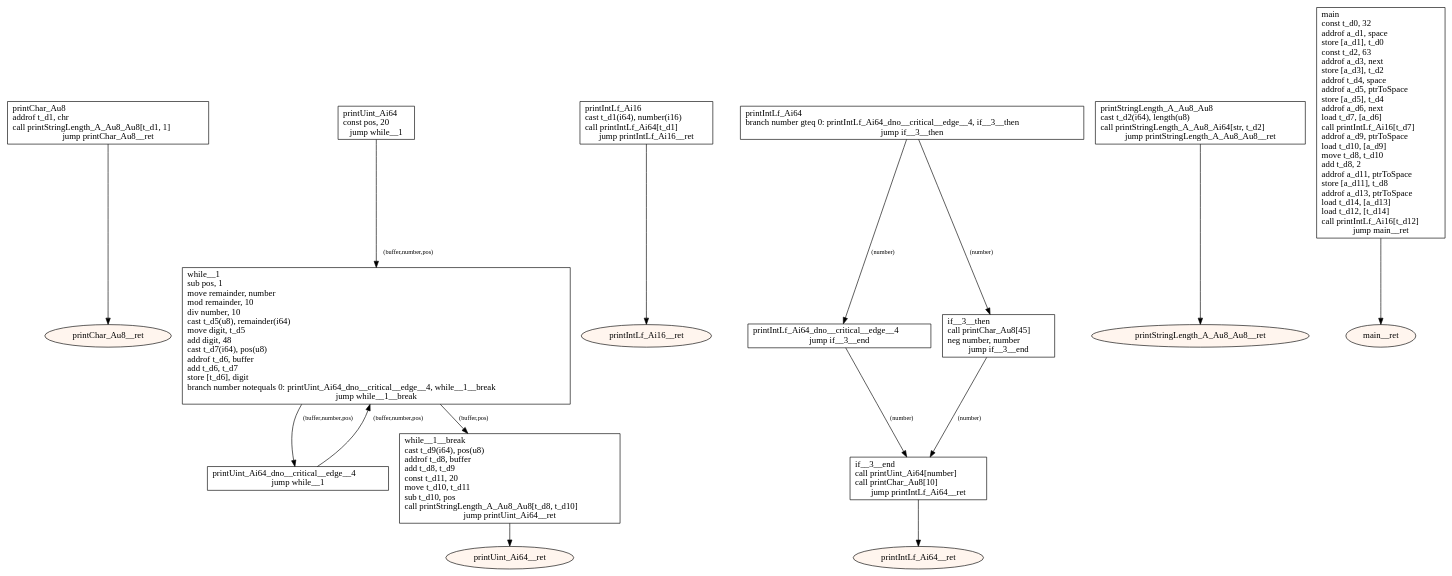
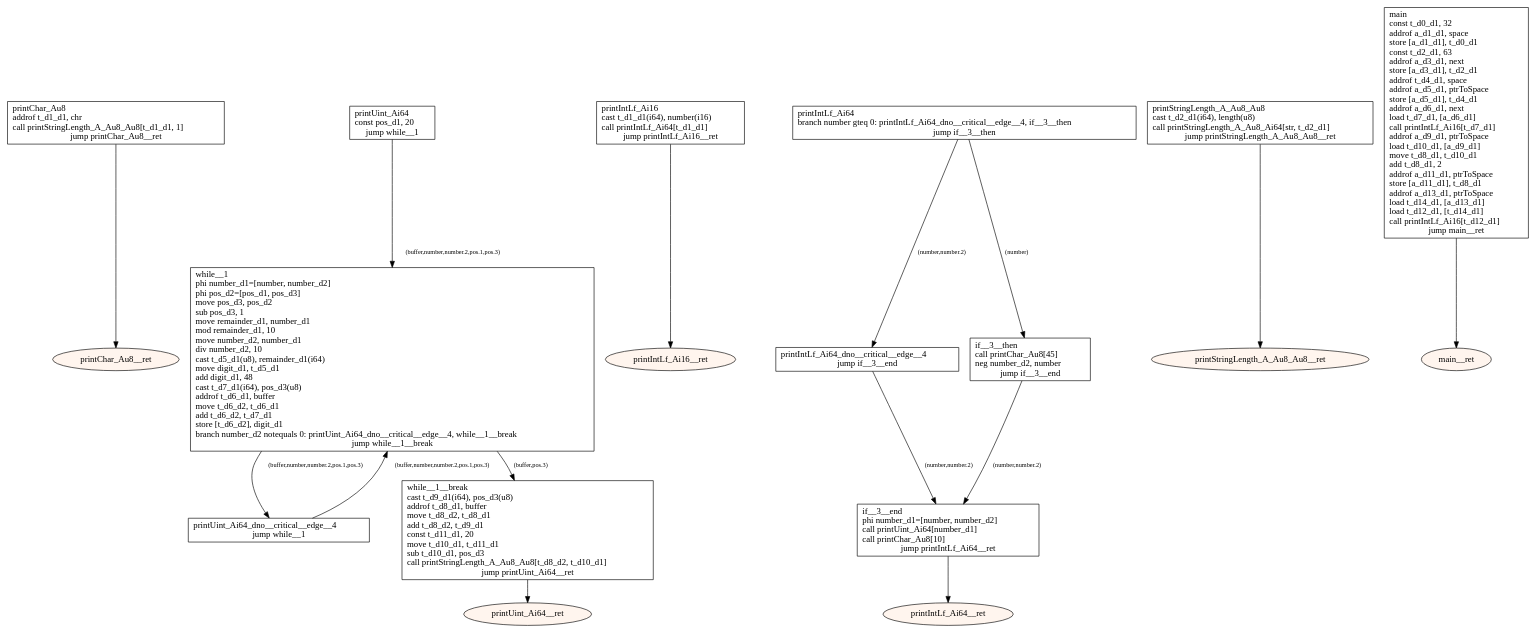
One commit to tmssngr/tinyC changed the diagram in src/main/resources-test/compiler/windows/global vars.dot. Above: the diagram before and after it, drawn with Graphviz. The commit also changed 90 other files, not shown here.

```diff
--- a/src/main/resources-test/compiler/windows/global vars.dot
+++ b/src/main/resources-test/compiler/windows/global vars.dot
@@ -1,47 +1,47 @@
 digraph program {
 	edge[fontsize="10pt"];
 	subgraph fn_printChar_Au8 {
-		BasicBlock_0_printChar_Au8 [label="printChar_Au8\laddrof t_d1, chr\lcall printStringLength_A_Au8_Au8[t_d1, 1]\ljump printChar_Au8__ret",shape=box];
+		BasicBlock_0_printChar_Au8 [label="printChar_Au8\laddrof t_d1_d1, chr\lcall printStringLength_A_Au8_Au8[t_d1_d1, 1]\ljump printChar_Au8__ret",shape=box];
 		BasicBlock_0_printChar_Au8 -> BasicBlock_0_printChar_Au8__ret;
 		BasicBlock_0_printChar_Au8__ret [label="printChar_Au8__ret",shape=oval,style=filled,fillcolor="#fff5ee"];
 	}
 	subgraph fn_printUint_Ai64 {
-		BasicBlock_1_printUint_Ai64 [label="printUint_Ai64\lconst pos, 20\ljump while__1",shape=box];
-		BasicBlock_1_printUint_Ai64 -> BasicBlock_1_while__1 [label="(buffer,number,pos)"];
+		BasicBlock_1_printUint_Ai64 [label="printUint_Ai64\lconst pos_d1, 20\ljump while__1",shape=box];
+		BasicBlock_1_printUint_Ai64 -> BasicBlock_1_while__1 [label="(buffer,number,number.2,pos.1,pos.3)"];
 		BasicBlock_1_printUint_Ai64_dno__critical__edge__4 [label="printUint_Ai64_dno__critical__edge__4\ljump while__1",shape=box];
-		BasicBlock_1_printUint_Ai64_dno__critical__edge__4 -> BasicBlock_1_while__1 [label="(buffer,number,pos)"];
-		BasicBlock_1_while__1 [label="while__1\lsub pos, 1\lmove remainder, number\lmod remainder, 10\ldiv number, 10\lcast t_d5(u8), remainder(i64)\lmove digit, t_d5\ladd digit, 48\lcast t_d7(i64), pos(u8)\laddrof t_d6, buffer\ladd t_d6, t_d7\lstore [t_d6], digit\lbranch number notequals 0: printUint_Ai64_dno__critical__edge__4, while__1__break\ljump while__1__break",shape=box];
-		BasicBlock_1_while__1 -> BasicBlock_1_printUint_Ai64_dno__critical__edge__4 [label="(buffer,number,pos)"];
-		BasicBlock_1_while__1 -> BasicBlock_1_while__1__break [label="(buffer,pos)"];
-		BasicBlock_1_while__1__break [label="while__1__break\lcast t_d9(i64), pos(u8)\laddrof t_d8, buffer\ladd t_d8, t_d9\lconst t_d11, 20\lmove t_d10, t_d11\lsub t_d10, pos\lcall printStringLength_A_Au8_Au8[t_d8, t_d10]\ljump printUint_Ai64__ret",shape=box];
+		BasicBlock_1_printUint_Ai64_dno__critical__edge__4 -> BasicBlock_1_while__1 [label="(buffer,number,number.2,pos.1,pos.3)"];
+		BasicBlock_1_while__1 [label="while__1\lphi number_d1=[number, number_d2]\lphi pos_d2=[pos_d1, pos_d3]\lmove pos_d3, pos_d2\lsub pos_d3, 1\lmove remainder_d1, number_d1\lmod remainder_d1, 10\lmove number_d2, number_d1\ldiv number_d2, 10\lcast t_d5_d1(u8), remainder_d1(i64)\lmove digit_d1, t_d5_d1\ladd digit_d1, 48\lcast t_d7_d1(i64), pos_d3(u8)\laddrof t_d6_d1, buffer\lmove t_d6_d2, t_d6_d1\ladd t_d6_d2, t_d7_d1\lstore [t_d6_d2], digit_d1\lbranch number_d2 notequals 0: printUint_Ai64_dno__critical__edge__4, while__1__break\ljump while__1__break",shape=box];
+		BasicBlock_1_while__1 -> BasicBlock_1_printUint_Ai64_dno__critical__edge__4 [label="(buffer,number,number.2,pos.1,pos.3)"];
+		BasicBlock_1_while__1 -> BasicBlock_1_while__1__break [label="(buffer,pos.3)"];
+		BasicBlock_1_while__1__break [label="while__1__break\lcast t_d9_d1(i64), pos_d3(u8)\laddrof t_d8_d1, buffer\lmove t_d8_d2, t_d8_d1\ladd t_d8_d2, t_d9_d1\lconst t_d11_d1, 20\lmove t_d10_d1, t_d11_d1\lsub t_d10_d1, pos_d3\lcall printStringLength_A_Au8_Au8[t_d8_d2, t_d10_d1]\ljump printUint_Ai64__ret",shape=box];
 		BasicBlock_1_while__1__break -> BasicBlock_1_printUint_Ai64__ret;
 		BasicBlock_1_printUint_Ai64__ret [label="printUint_Ai64__ret",shape=oval,style=filled,fillcolor="#fff5ee"];
 	}
 	subgraph fn_printIntLf_Ai16 {
-		BasicBlock_2_printIntLf_Ai16 [label="printIntLf_Ai16\lcast t_d1(i64), number(i16)\lcall printIntLf_Ai64[t_d1]\ljump printIntLf_Ai16__ret",shape=box];
+		BasicBlock_2_printIntLf_Ai16 [label="printIntLf_Ai16\lcast t_d1_d1(i64), number(i16)\lcall printIntLf_Ai64[t_d1_d1]\ljump printIntLf_Ai16__ret",shape=box];
 		BasicBlock_2_printIntLf_Ai16 -> BasicBlock_2_printIntLf_Ai16__ret;
 		BasicBlock_2_printIntLf_Ai16__ret [label="printIntLf_Ai16__ret",shape=oval,style=filled,fillcolor="#fff5ee"];
 	}
 	subgraph fn_printIntLf_Ai64 {
 		BasicBlock_3_printIntLf_Ai64 [label="printIntLf_Ai64\lbranch number gteq 0: printIntLf_Ai64_dno__critical__edge__4, if__3__then\ljump if__3__then",shape=box];
-		BasicBlock_3_printIntLf_Ai64 -> BasicBlock_3_printIntLf_Ai64_dno__critical__edge__4 [label="(number)"];
+		BasicBlock_3_printIntLf_Ai64 -> BasicBlock_3_printIntLf_Ai64_dno__critical__edge__4 [label="(number,number.2)"];
 		BasicBlock_3_printIntLf_Ai64 -> BasicBlock_3_if__3__then [label="(number)"];
 		BasicBlock_3_printIntLf_Ai64_dno__critical__edge__4 [label="printIntLf_Ai64_dno__critical__edge__4\ljump if__3__end",shape=box];
-		BasicBlock_3_printIntLf_Ai64_dno__critical__edge__4 -> BasicBlock_3_if__3__end [label="(number)"];
-		BasicBlock_3_if__3__then [label="if__3__then\lcall printChar_Au8[45]\lneg number, number\ljump if__3__end",shape=box];
-		BasicBlock_3_if__3__then -> BasicBlock_3_if__3__end [label="(number)"];
-		BasicBlock_3_if__3__end [label="if__3__end\lcall printUint_Ai64[number]\lcall printChar_Au8[10]\ljump printIntLf_Ai64__ret",shape=box];
+		BasicBlock_3_printIntLf_Ai64_dno__critical__edge__4 -> BasicBlock_3_if__3__end [label="(number,number.2)"];
+		BasicBlock_3_if__3__then [label="if__3__then\lcall printChar_Au8[45]\lneg number_d2, number\ljump if__3__end",shape=box];
+		BasicBlock_3_if__3__then -> BasicBlock_3_if__3__end [label="(number,number.2)"];
+		BasicBlock_3_if__3__end [label="if__3__end\lphi number_d1=[number, number_d2]\lcall printUint_Ai64[number_d1]\lcall printChar_Au8[10]\ljump printIntLf_Ai64__ret",shape=box];
 		BasicBlock_3_if__3__end -> BasicBlock_3_printIntLf_Ai64__ret;
 		BasicBlock_3_printIntLf_Ai64__ret [label="printIntLf_Ai64__ret",shape=oval,style=filled,fillcolor="#fff5ee"];
 	}
 	subgraph fn_printStringLength_A_Au8_Au8 {
-		BasicBlock_4_printStringLength_A_Au8_Au8 [label="printStringLength_A_Au8_Au8\lcast t_d2(i64), length(u8)\lcall printStringLength_A_Au8_Ai64[str, t_d2]\ljump printStringLength_A_Au8_Au8__ret",shape=box];
+		BasicBlock_4_printStringLength_A_Au8_Au8 [label="printStringLength_A_Au8_Au8\lcast t_d2_d1(i64), length(u8)\lcall printStringLength_A_Au8_Ai64[str, t_d2_d1]\ljump printStringLength_A_Au8_Au8__ret",shape=box];
 		BasicBlock_4_printStringLength_A_Au8_Au8 -> BasicBlock_4_printStringLength_A_Au8_Au8__ret;
 		BasicBlock_4_printStringLength_A_Au8_Au8__ret [label="printStringLength_A_Au8_Au8__ret",shape=oval,style=filled,fillcolor="#fff5ee"];
 	}
 	subgraph fn_main {
-		BasicBlock_5_main [label="main\lconst t_d0, 32\laddrof a_d1, space\lstore [a_d1], t_d0\lconst t_d2, 63\laddrof a_d3, next\lstore [a_d3], t_d2\laddrof t_d4, space\laddrof a_d5, ptrToSpace\lstore [a_d5], t_d4\laddrof a_d6, next\lload t_d7, [a_d6]\lcall printIntLf_Ai16[t_d7]\laddrof a_d9, ptrToSpace\lload t_d10, [a_d9]\lmove t_d8, t_d10\ladd t_d8, 2\laddrof a_d11, ptrToSpace\lstore [a_d11], t_d8\laddrof a_d13, ptrToSpace\lload t_d14, [a_d13]\lload t_d12, [t_d14]\lcall printIntLf_Ai16[t_d12]\ljump main__ret",shape=box];
+		BasicBlock_5_main [label="main\lconst t_d0_d1, 32\laddrof a_d1_d1, space\lstore [a_d1_d1], t_d0_d1\lconst t_d2_d1, 63\laddrof a_d3_d1, next\lstore [a_d3_d1], t_d2_d1\laddrof t_d4_d1, space\laddrof a_d5_d1, ptrToSpace\lstore [a_d5_d1], t_d4_d1\laddrof a_d6_d1, next\lload t_d7_d1, [a_d6_d1]\lcall printIntLf_Ai16[t_d7_d1]\laddrof a_d9_d1, ptrToSpace\lload t_d10_d1, [a_d9_d1]\lmove t_d8_d1, t_d10_d1\ladd t_d8_d1, 2\laddrof a_d11_d1, ptrToSpace\lstore [a_d11_d1], t_d8_d1\laddrof a_d13_d1, ptrToSpace\lload t_d14_d1, [a_d13_d1]\lload t_d12_d1, [t_d14_d1]\lcall printIntLf_Ai16[t_d12_d1]\ljump main__ret",shape=box];
 		BasicBlock_5_main -> BasicBlock_5_main__ret;
 		BasicBlock_5_main__ret [label="main__ret",shape=oval,style=filled,fillcolor="#fff5ee"];
 	}
 }
```
